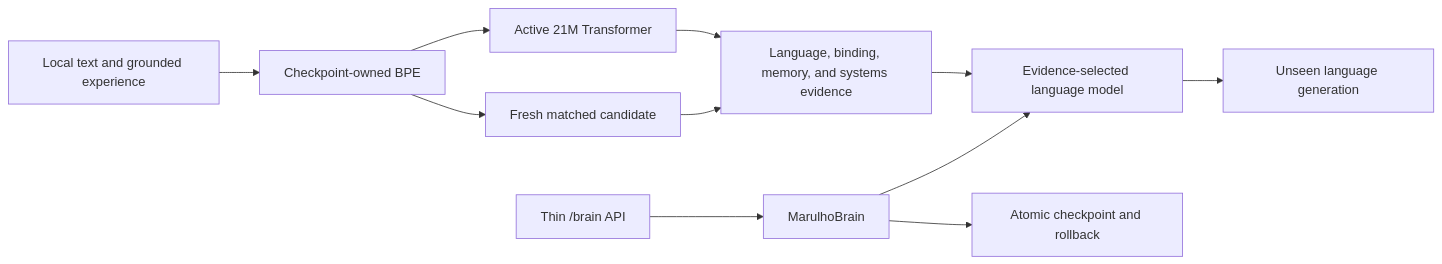
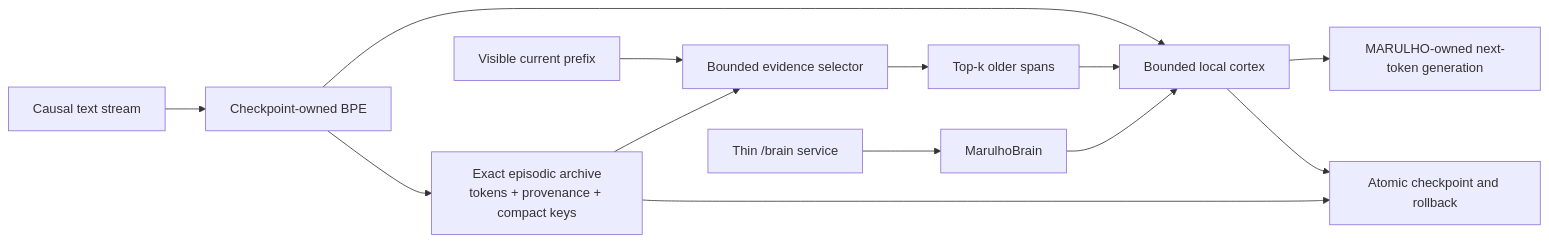
One commit to Tuafo/MARULHO changed the diagram in README.md. Above: the diagram before and after it, drawn with Mermaid. The commit also changed other lines of this file and 4 other files, not shown here.

Commit message:
Advance episodic retrieval to causal streams

````diff
--- a/README.md
+++ b/README.md
@@ -28,13 +30,15 @@
 ```mermaid
 flowchart LR
-    Data["Local text and grounded experience"] --> Tok["Checkpoint-owned BPE"]
-    Tok --> Baseline["Active 21M Transformer"]
-    Tok --> Candidate["Fresh matched candidate"]
-    Baseline --> Compare["Language, binding, memory, and systems evidence"]
-    Candidate --> Compare
-    Compare --> Selected["Evidence-selected language model"]
-    Selected --> Output["Unseen language generation"]
-    Brain["MarulhoBrain"] --> Selected
-    Brain --> Checkpoint["Atomic checkpoint and rollback"]
-    Service["Thin /brain API"] --> Brain
+    Stream["Causal text stream"] --> Tok["Checkpoint-owned BPE"]
+    Tok --> Local["Bounded local cortex"]
+    Tok --> Archive["Exact episodic archive<br/>tokens + provenance + compact keys"]
+    Prefix["Visible current prefix"] --> Select["Bounded evidence selector"]
+    Archive --> Select
+    Select --> Evidence["Top-k older spans"]
+    Evidence --> Local
+    Local --> Output["MARULHO-owned next-token generation"]
+    Local --> Save["Atomic checkpoint and rollback"]
+    Archive --> Save
+    Brain["MarulhoBrain"] --> Local
+    Service["Thin /brain service"] --> Brain
 ```
````
